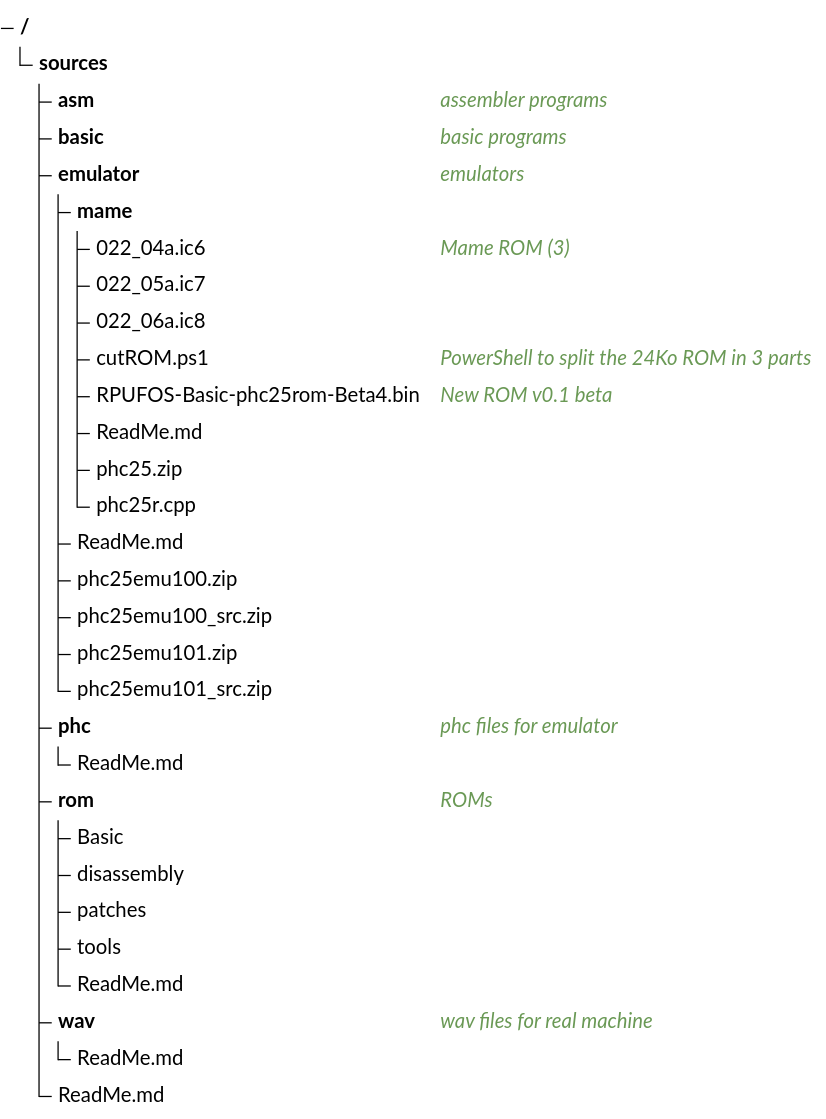
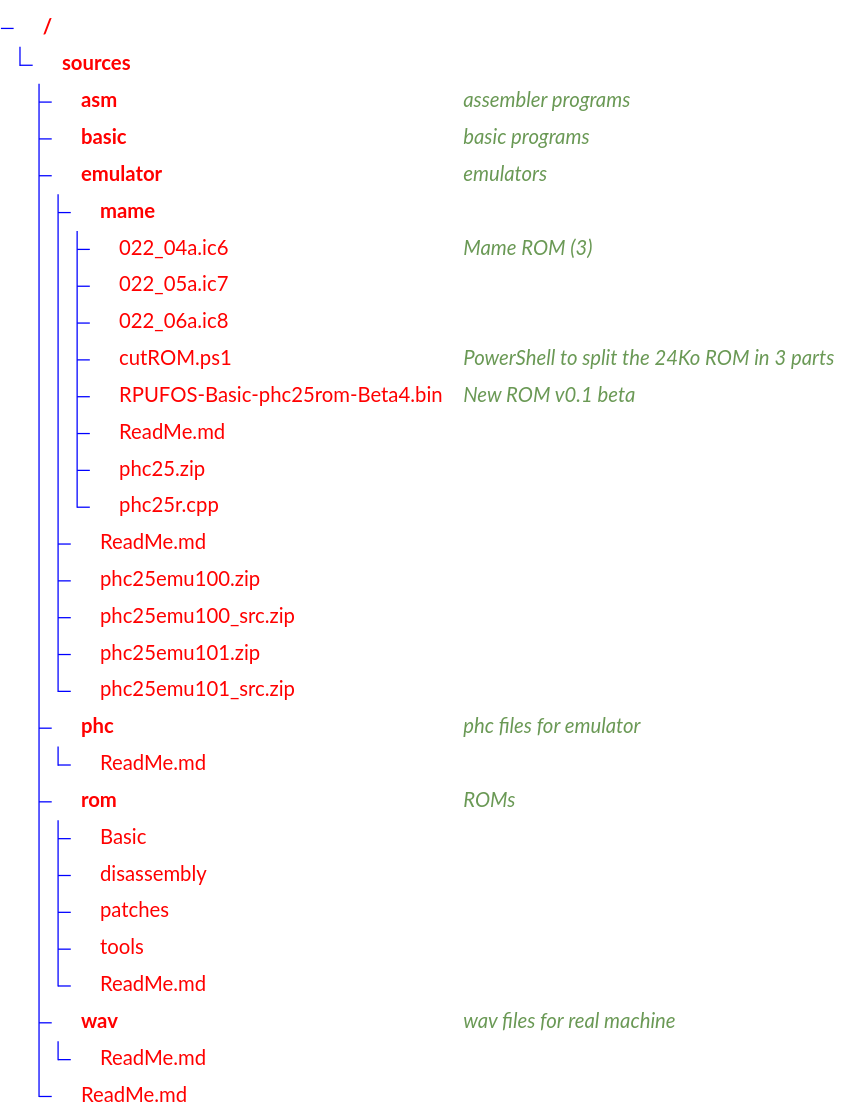
Before and after one commit to VFD/SanyoPHC25: the diagram in library/sources/ReadMe.md, drawn with Mermaid. The commit also changed other lines of this file, not shown here.

````diff
--- a/library/sources/ReadMe.md
+++ b/library/sources/ReadMe.md
@@ -14,36 +14,43 @@
 ```mermaid
 ---
-title: Directories for Sanyo PHC-25 sources
+config:
+  treeView:
+    showIcons: true
+  themeVariables:
+      treeView:
+          labelColor: '#FF0000'
+          lineColor: '#0000FF'
 ---
+
 treeView-beta
 
 sources/
   asm/         ## assembler programs
   basic/       ## basic programs
   emulator/    ## emulators
     mame/
       022_04a.ic6         ## Mame ROM (3)
       022_05a.ic7
       022_06a.ic8
       cutROM.ps1          ## PowerShell to split the 24Ko ROM in 3 parts
       RPUFOS-Basic-phc25rom-Beta4.bin    ## New ROM v0.1 beta
       ReadMe.md
       phc25.zip
       phc25r.cpp
     ReadMe.md
     phc25emu100.zip
     phc25emu100_src.zip
     phc25emu101.zip
     phc25emu101_src.zip
   phc/         ## phc files for emulator
     ReadMe.md
   rom/         ## ROMs
     Basic
     disassembly
     patches
     tools
     ReadMe.md
   wav/         ## wav files for real machine
     ReadMe.md
   ReadMe.md
 ```
````
